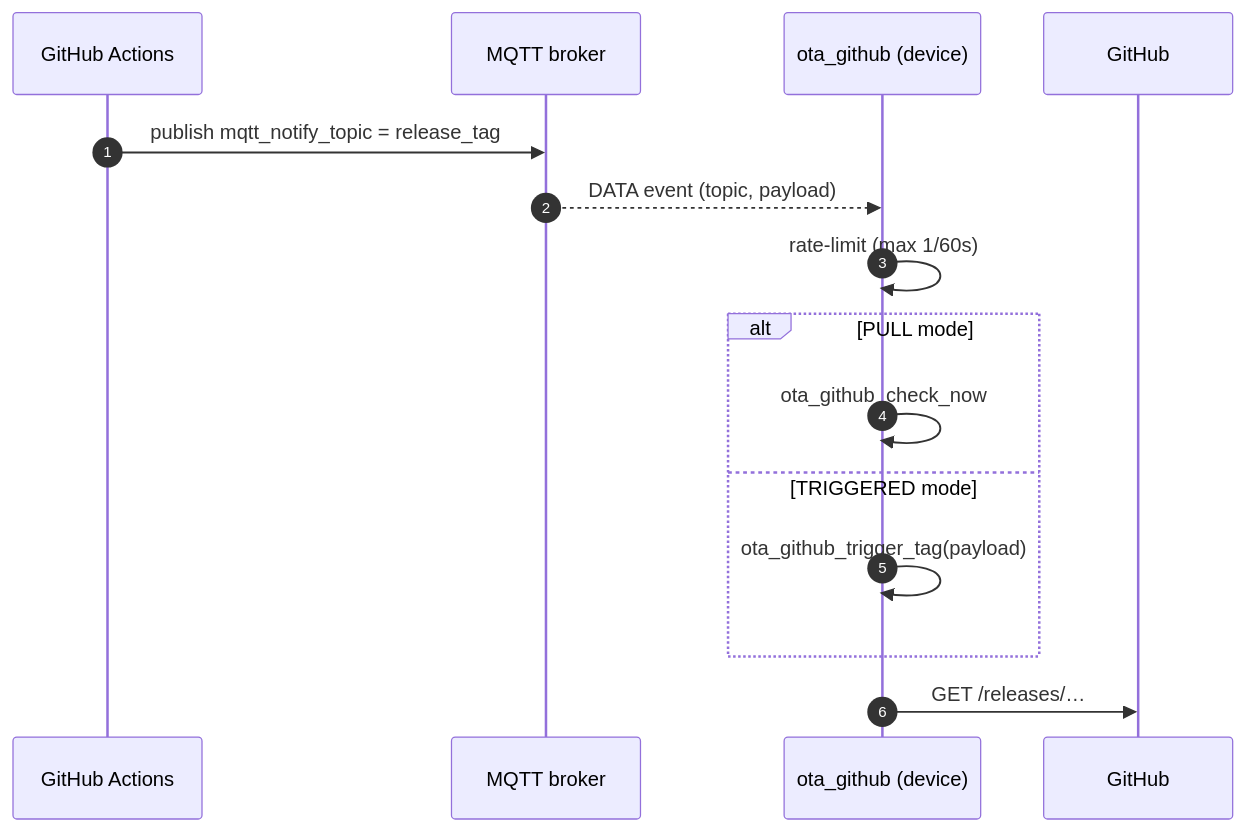
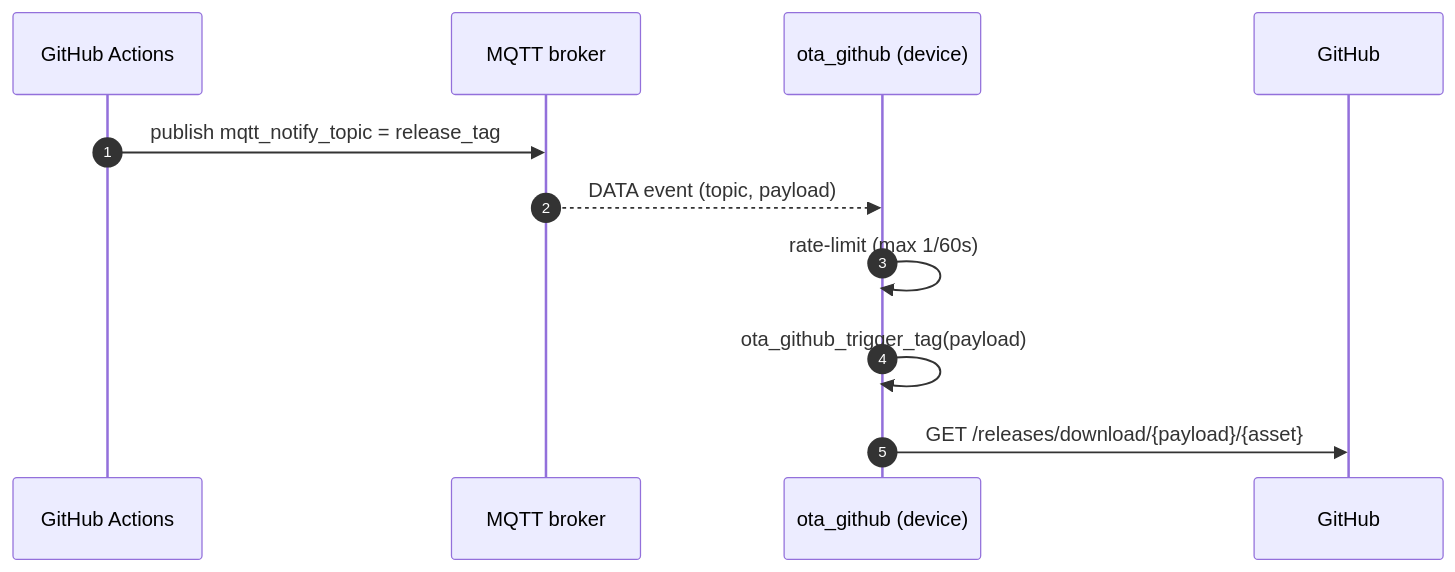
One commit to laurigates/mcu-tinkering-lab changed the second of 4 diagrams in packages/components/ota-github/docs/architecture.md. Above: the diagram before and after it, drawn with Mermaid. The commit also changed other lines of this file and 18 other files, not shown here.

````diff
--- a/packages/components/ota-github/docs/architecture.md
+++ b/packages/components/ota-github/docs/architecture.md
@@ -85,18 +53,14 @@
 ```mermaid
 sequenceDiagram
     autonumber
     participant CI as GitHub Actions
     participant Broker as MQTT broker
     participant Device as ota_github (device)
     participant GitHub
 
     CI->>Broker: publish mqtt_notify_topic = release_tag
     Broker-->>Device: DATA event (topic, payload)
     Device->>Device: rate-limit (max 1/60s)
-    alt PULL mode
-        Device->>Device: ota_github_check_now
-    else TRIGGERED mode
-        Device->>Device: ota_github_trigger_tag(payload)
-    end
-    Device->>GitHub: GET /releases/…
+    Device->>Device: ota_github_trigger_tag(payload)
+    Device->>GitHub: GET /releases/download/{payload}/{asset}
 ```
````
